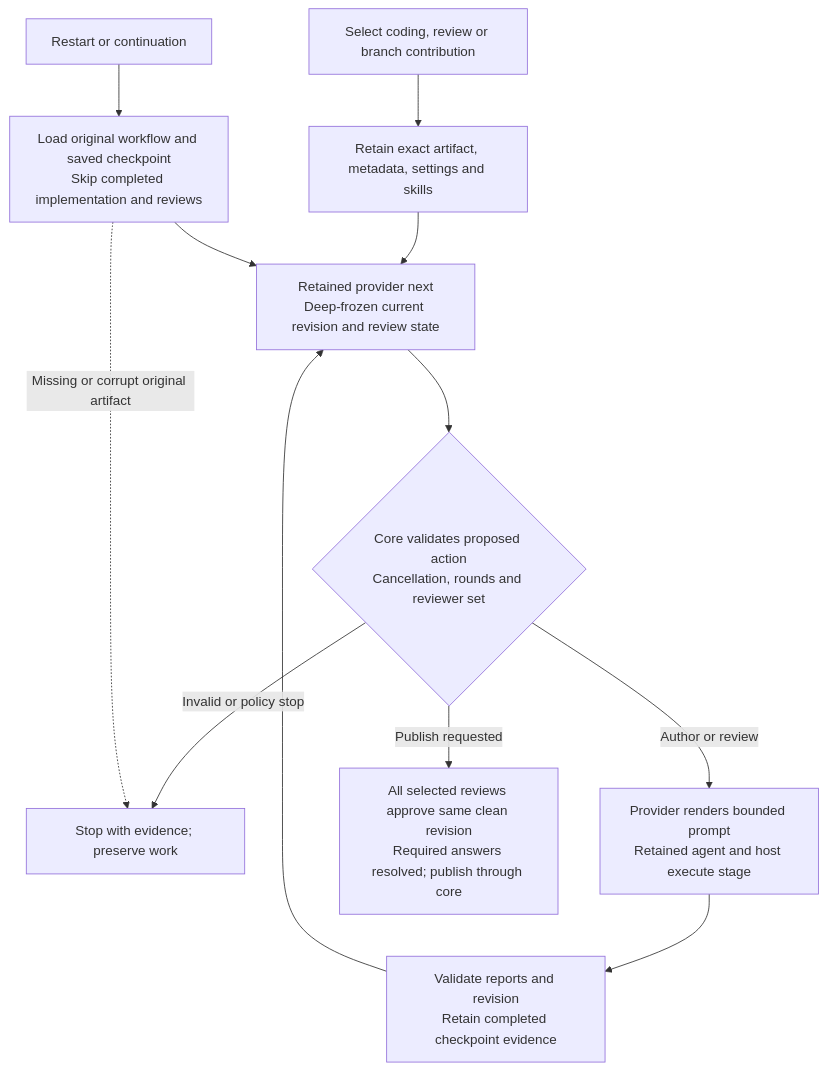
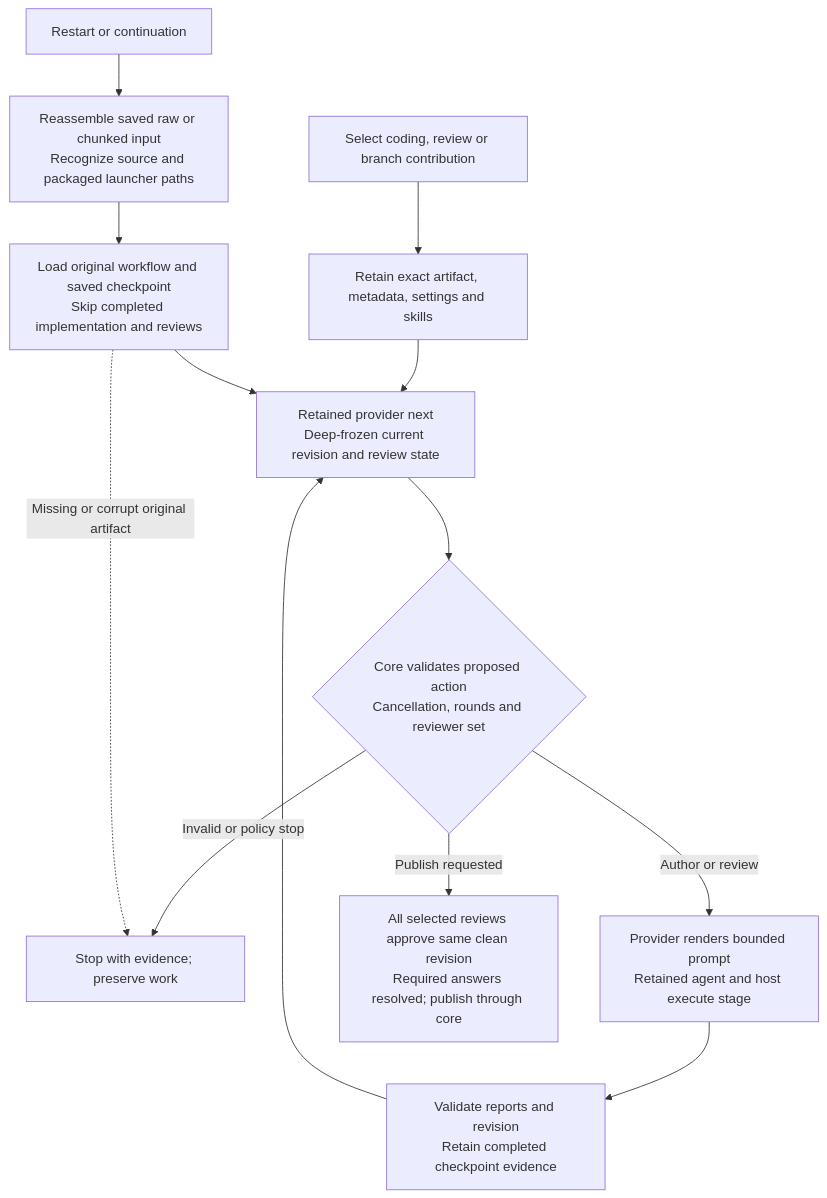
Diagram 20 of 31 in docs/helmsman-process.md (nloehlein-godaddy/helmsman), drawn with Mermaid before and after one commit. The commit also changed 24 other files, not shown here.

````diff
--- a/docs/helmsman-process.md
+++ b/docs/helmsman-process.md
@@ -503,14 +503,15 @@
 ```mermaid
 flowchart TD
     Select[Select coding, review or branch contribution] --> Capture[Retain exact artifact, metadata, settings and skills]
     Capture --> Next[Retained provider next<br/>Deep-frozen current revision and review state]
     Next --> Guard{Core validates proposed action<br/>Cancellation, rounds and reviewer set}
     Guard -->|Invalid or policy stop| Block[Stop with evidence; preserve work]
     Guard -->|Author or review| Stage[Provider renders bounded prompt<br/>Retained agent and host execute stage]
     Stage --> Checkpoint[Validate reports and revision<br/>Retain completed checkpoint evidence]
     Checkpoint --> Next
     Guard -->|Publish requested| Publish[All selected reviews approve same clean revision<br/>Required answers resolved; publish through core]
-    Resume[Restart or continuation] --> Original[Load original workflow and saved checkpoint<br/>Skip completed implementation and reviews]
+    Resume[Restart or continuation] --> Decode[Reassemble saved raw or chunked input<br/>Recognize source and packaged launcher paths]
+    Decode --> Original[Load original workflow and saved checkpoint<br/>Skip completed implementation and reviews]
     Original --> Next
     Original -.->|Missing or corrupt original artifact| Block
 ```
````
